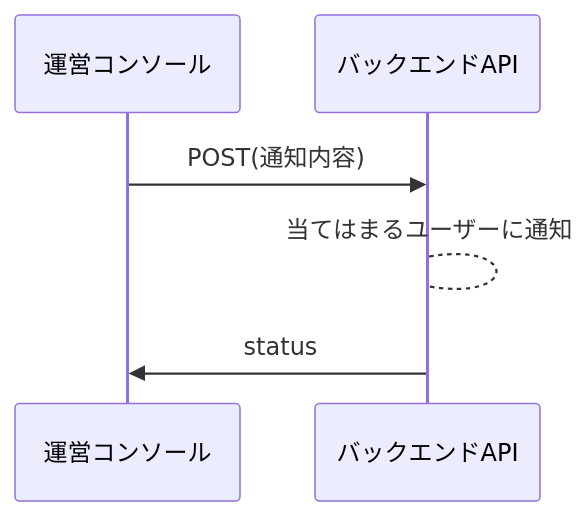
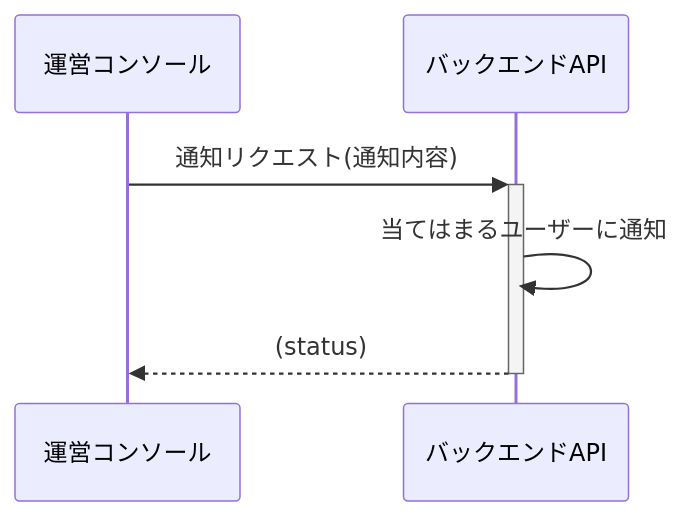
The eighth of 13 diagrams in docs/sequence/admin.md (after-school-garbage-squad/repaint-architecture), drawn with Mermaid before and after one commit. The commit also changed other lines of this file and 3 other files, not shown here.

````diff
--- a/docs/sequence/admin.md
+++ b/docs/sequence/admin.md
@@ -94,9 +94,9 @@
 ```mermaid
 sequenceDiagram
     participant web as 運営コンソール
     participant back as バックエンドAPI
-    web ->> back: POST(通知内容)
-    back --> back: 当てはまるユーザーに通知
-    back ->> web: status
+    web ->>+ back: 通知リクエスト(通知内容)
+    back ->> back: 当てはまるユーザーに通知
+    back -->>- web: (status)
     
 ```
````
